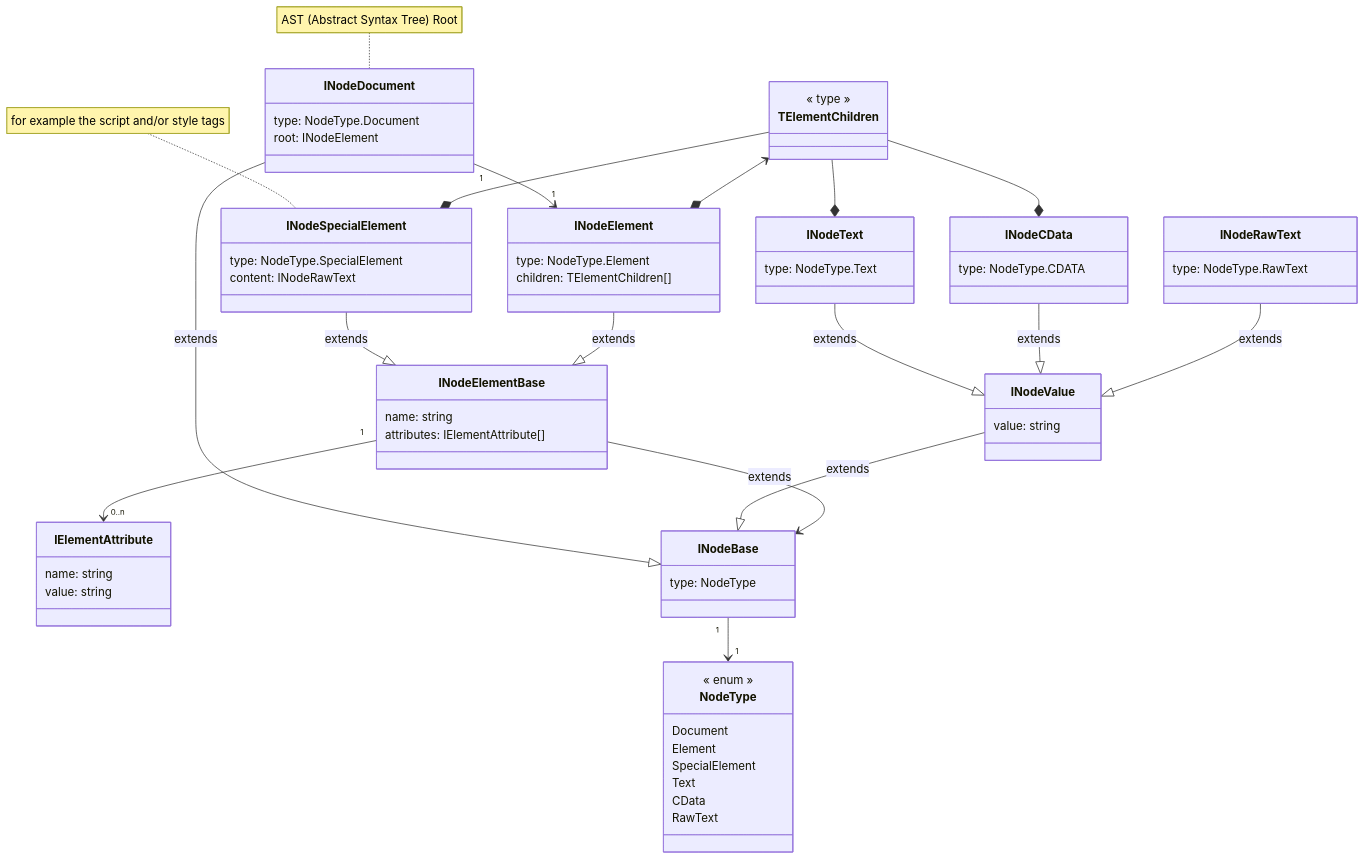
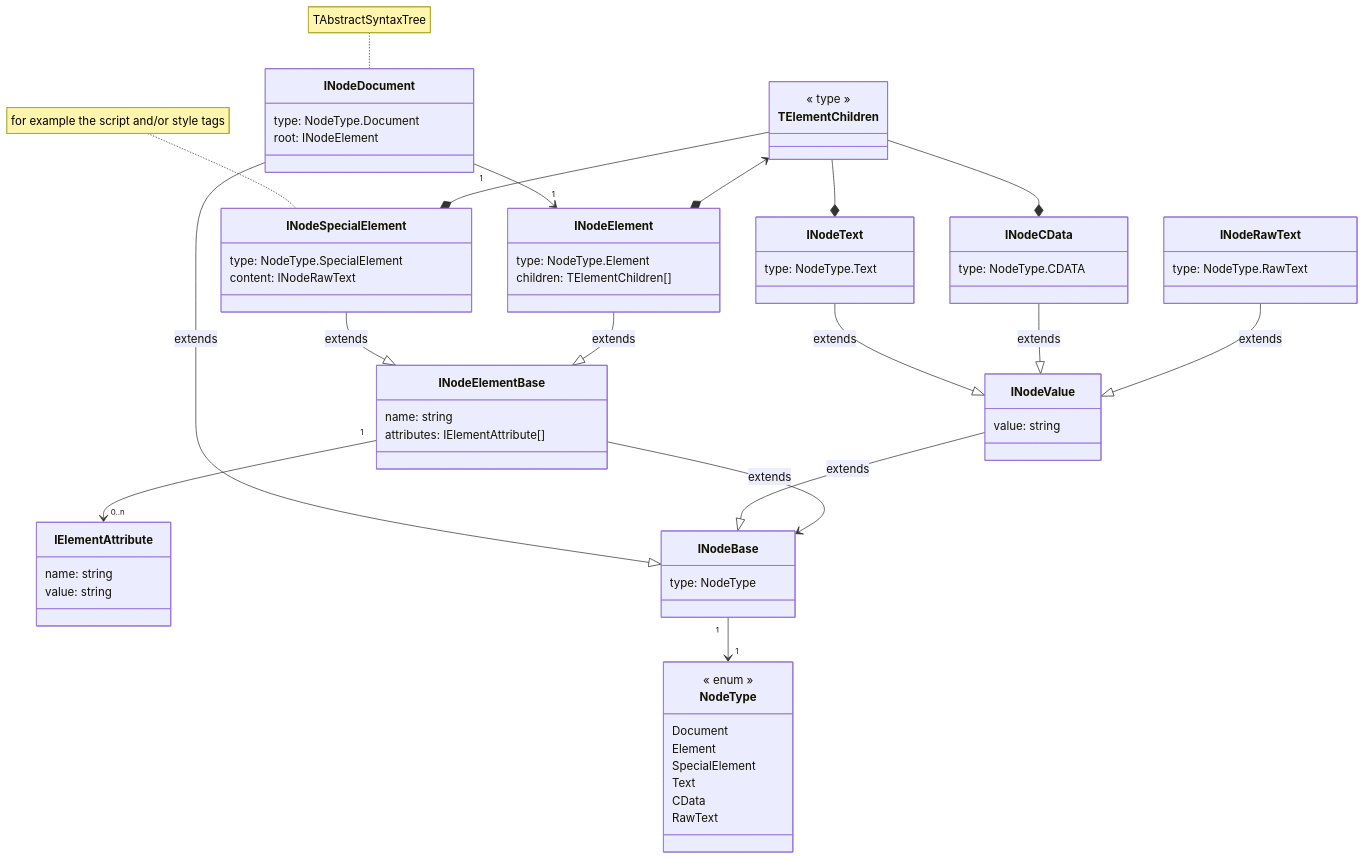
The diagram in implementations/ts-parser-xml/README.md (erkobridee/ds-ast), drawn with Mermaid before and after one commit. The commit also changed other lines of this file and 5 other files, not shown here.

````diff
--- a/implementations/ts-parser-xml/README.md
+++ b/implementations/ts-parser-xml/README.md
@@ -83,7 +89,7 @@
 ```mermaid
 classDiagram
 
-note for INodeDocument "AST (Abstract Syntax Tree) Root"
+note for INodeDocument "TAbstractSyntaxTree"
 
 note for INodeSpecialElement "for example the script and/or style tags"
 
````
